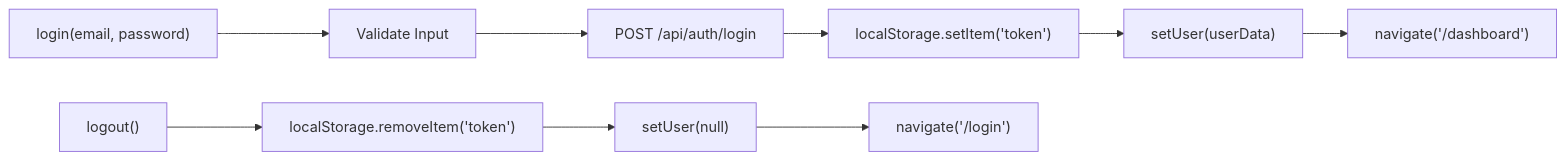
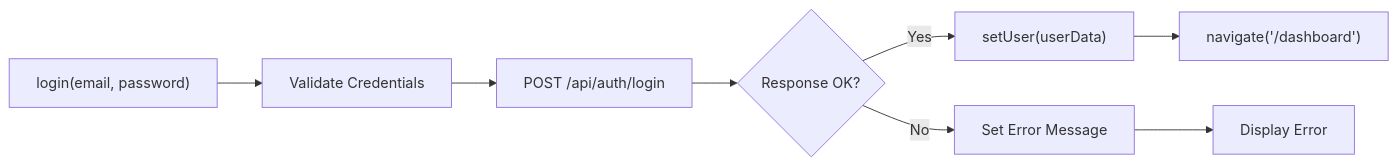
Before and after one commit to Brimstow/ThumPiks: diagram 12 of 21 in .qoder/repowiki/en/content/Frontend Architecture/State Management.md, drawn with Mermaid. The commit also changed other lines of this file and 900 other files, not shown here.

````diff
--- a/.qoder/repowiki/en/content/Frontend Architecture/State Management.md
+++ b/.qoder/repowiki/en/content/Frontend Architecture/State Management.md
@@ -204,11 +342,10 @@
 ```mermaid
 flowchart LR
-LoginAction["login(email, password)"] --> ValidateCredentials["Validate Input"]
-ValidateCredentials --> APIRequest["POST /api/auth/login"]
-APIRequest --> StoreToken["localStorage.setItem('token')"]
-StoreToken --> UpdateUserState["setUser(userData)"]
-UpdateUserState --> Navigate["navigate('/dashboard')"]
-LogoutAction["logout()"] --> RemoveToken["localStorage.removeItem('token')"]
-RemoveToken --> ClearUserState["setUser(null)"]
-ClearUserState --> NavigateLogin["navigate('/login')"]
+LoginAction["login(email, password)"] --> ValidateInput["Validate Credentials"]
+ValidateInput --> APICall["POST /api/auth/login"]
+APICall --> Success{"Response OK?"}
+Success --> |Yes| SetUser["setUser(userData)"]
+Success --> |No| SetError["Set Error Message"]
+SetUser --> Navigate["navigate('/dashboard')"]
+SetError --> End["Display Error"]
 ```
````
